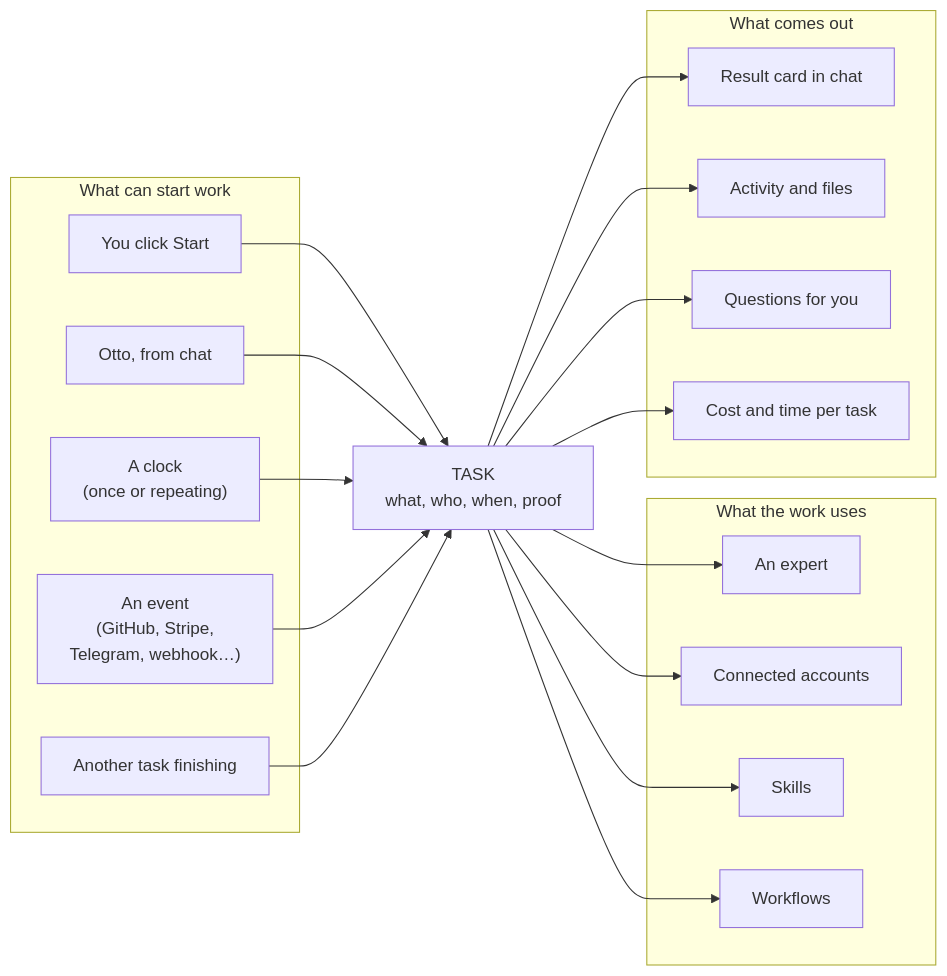
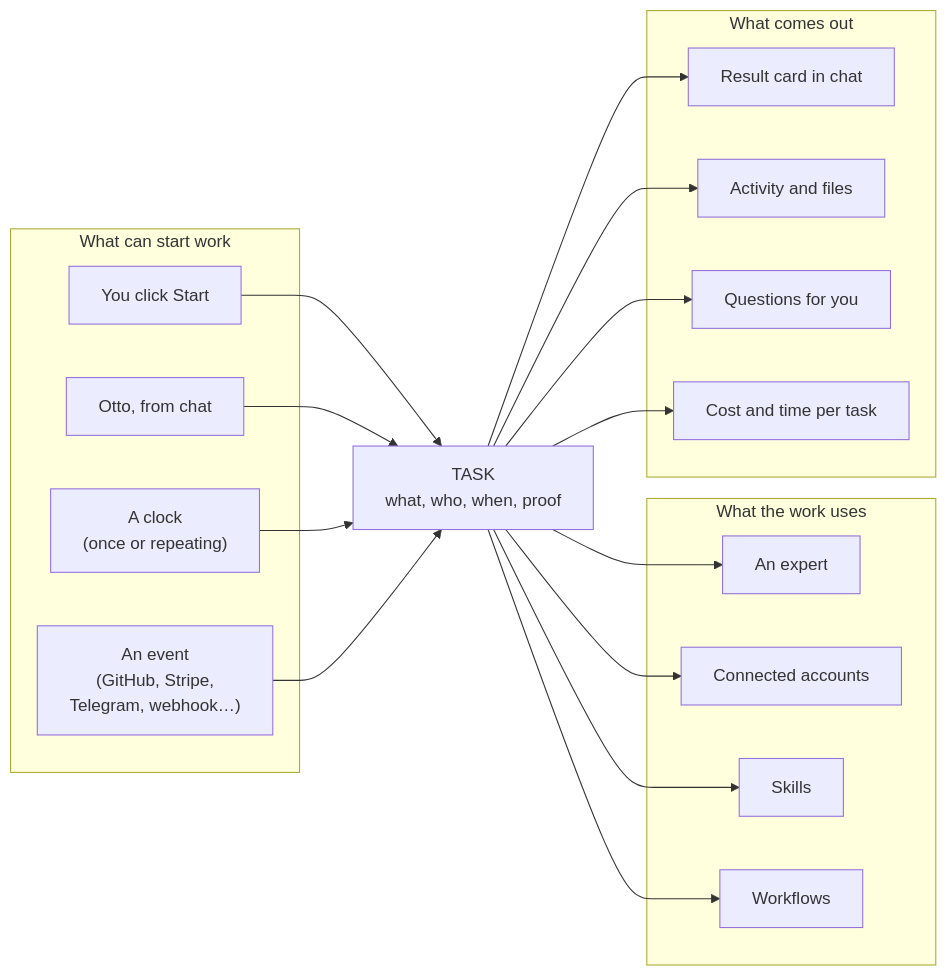
One commit to Significant-Gravitas/AutoGPT changed the diagram in docs/engineering/tasks-as-centre.md. Above: the diagram before and after it, drawn with Mermaid. The commit also changed other lines of this file and 56 other files, not shown here.

````diff
--- a/docs/engineering/tasks-as-centre.md
+++ b/docs/engineering/tasks-as-centre.md
@@ -7,40 +7,38 @@
 ```mermaid
 flowchart LR
   subgraph STARTERS["What can start work"]
     s1["You click Start"]
     s2["Otto, from chat"]
     s3["A clock<br/>(once or repeating)"]
     s4["An event<br/>(GitHub, Stripe,<br/>Telegram, webhook…)"]
-    s5["Another task finishing"]
   end
 
   T["TASK<br/>what, who, when, proof"]
 
   subgraph USES["What the work uses"]
     u1["An expert"]
     u2["Connected accounts"]
     u3["Skills"]
     u4["Workflows"]
   end
 
   subgraph OUT["What comes out"]
     o1["Result card in chat"]
     o2["Activity and files"]
     o3["Questions for you"]
     o4["Cost and time per task"]
   end
 
   s1 --> T
   s2 --> T
   s3 --> T
   s4 --> T
-  s5 --> T
   T --> u1
   T --> u2
   T --> u3
   T --> u4
   T --> o1
   T --> o2
   T --> o3
   T --> o4
 ```
````
